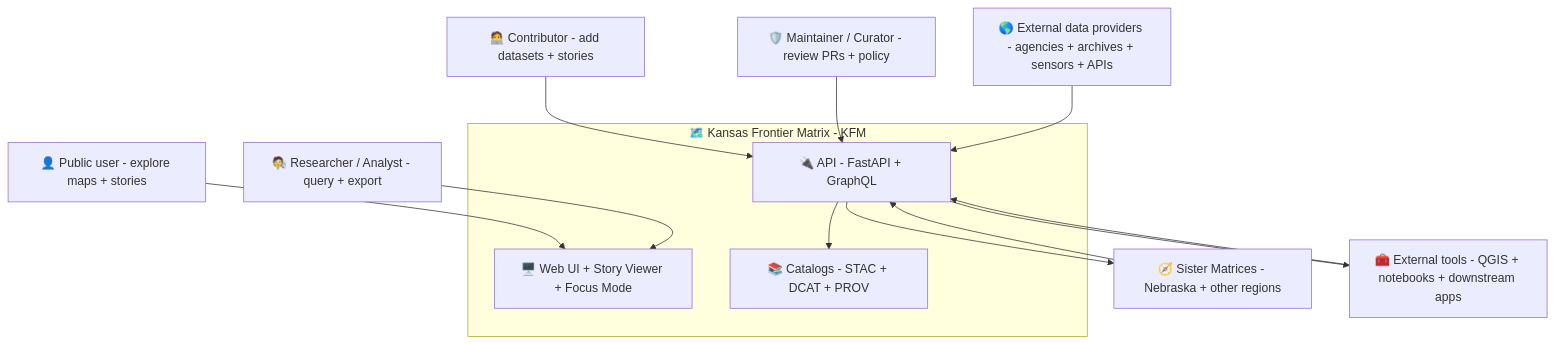
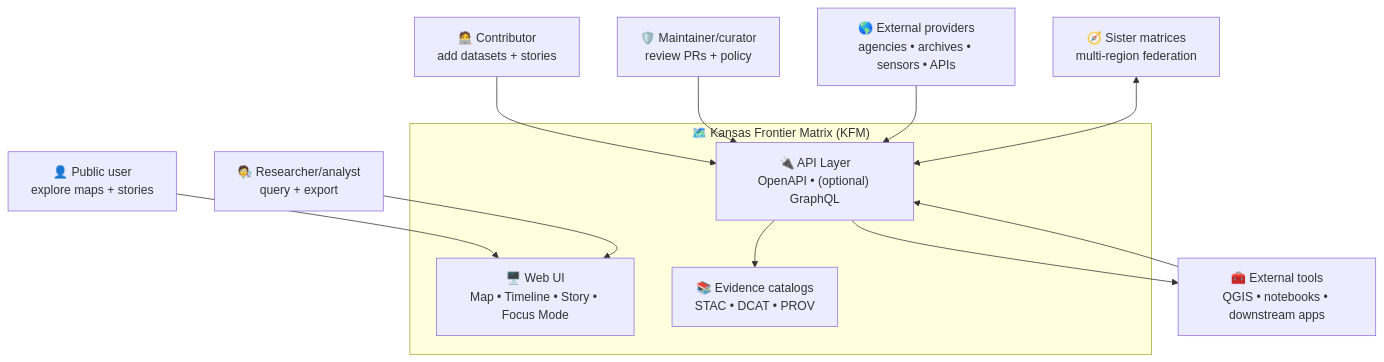
Before and after one commit to bartytime4life/Kansas-Frontier-Matrix: the second of 13 diagrams in docs/architecture/diagrams/README.md, drawn with Mermaid. The commit also changed other lines of this file, not shown here.

````diff
--- a/docs/architecture/diagrams/README.md
+++ b/docs/architecture/diagrams/README.md
@@ -155,34 +266,33 @@
 ```mermaid
 flowchart TB
   %% Actors
-  user["👤 Public user - explore maps + stories"];
-  researcher["🧑‍🔬 Researcher / Analyst - query + export"];
-  contributor["🧑‍💻 Contributor - add datasets + stories"];
-  maintainer["🛡️ Maintainer / Curator - review PRs + policy"];
+  user["👤 Public user<br/>explore maps + stories"]
+  researcher["🧑‍🔬 Researcher/analyst<br/>query + export"]
+  contributor["🧑‍💻 Contributor<br/>add datasets + stories"]
+  maintainer["🛡️ Maintainer/curator<br/>review PRs + policy"]
 
   %% External systems
-  sources["🌎 External data providers - agencies + archives + sensors + APIs"];
-  sister["🧭 Sister Matrices - Nebraska + other regions"];
-  tools["🧰 External tools - QGIS + notebooks + downstream apps"];
+  sources["🌎 External providers<br/>agencies • archives • sensors • APIs"]
+  sister["🧭 Sister matrices<br/>multi-region federation"]
+  tools["🧰 External tools<br/>QGIS • notebooks • downstream apps"]
 
   %% System
-  subgraph kfm["🗺️ Kansas Frontier Matrix - KFM"]
-    ui["🖥️ Web UI + Story Viewer + Focus Mode"];
-    api["🔌 API - FastAPI + GraphQL"];
-    catalogs["📚 Catalogs - STAC + DCAT + PROV"];
+  subgraph kfm["🗺️ Kansas Frontier Matrix (KFM)"]
+    ui["🖥️ Web UI<br/>Map • Timeline • Story • Focus Mode"]
+    api["🔌 API Layer<br/>OpenAPI • (optional) GraphQL"]
+    catalogs["📚 Evidence catalogs<br/>STAC • DCAT • PROV"]
   end
 
-  user --> ui;
-  researcher --> ui;
-  contributor --> api;
-  maintainer --> api;
+  user --> ui
+  researcher --> ui
+  contributor --> api
+  maintainer --> api
 
-  sources --> api;
-  api --> catalogs;
+  sources --> api
+  api --> catalogs
 
-  tools --> api;
-  api --> tools;
+  tools --> api
+  api --> tools
 
-  sister --> api;
-  api --> sister;
+  sister <--> api
 ```
````
